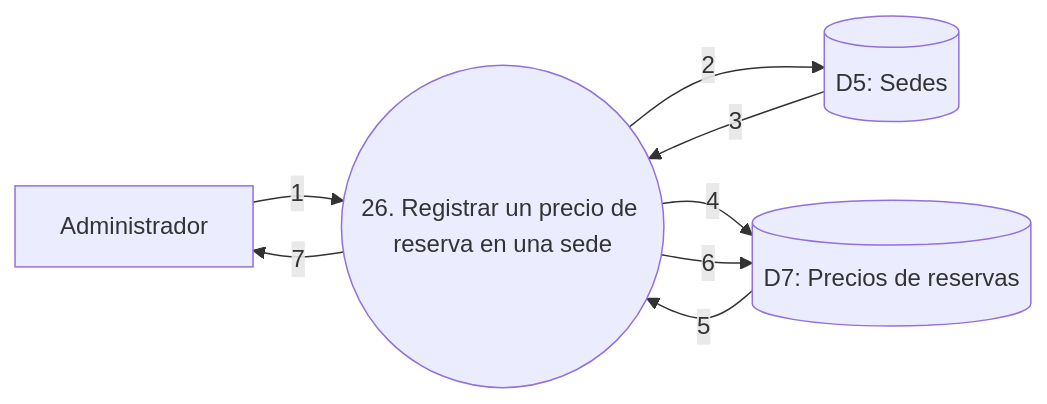
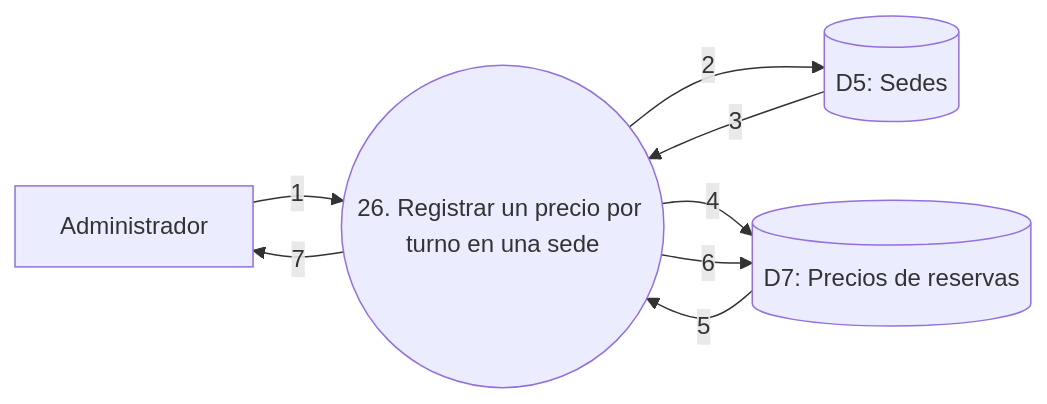
Diagram 26 of 27 in docs/DFD.md (fasempertegui/Matchpoint-Taller), drawn with Mermaid before and after one commit. The commit also changed other lines of this file and 16 other files, not shown here.

Commit message:
Ahora el precio de reservas aplica a un turno de una hora

````diff
--- a/docs/DFD.md
+++ b/docs/DFD.md
@@ -704,15 +704,15 @@
 ```mermaid
 flowchart LR
     A[Administrador]
-    P((26. Registrar un precio de reserva en una sede))
+    P((26. Registrar un precio por turno en una sede))
     D5[(D5: Sedes)]
     D7[(D7: Precios de reservas)]
 
     A -->|1| P
     P -->|2| D5
     D5 -->|3| P
     P -->|4| D7
     D7 -->|5| P
     P -->|6| D7
     P -->|7| A
 ```
````
